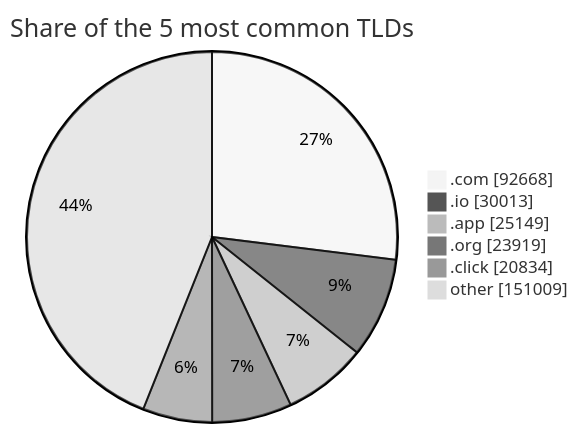
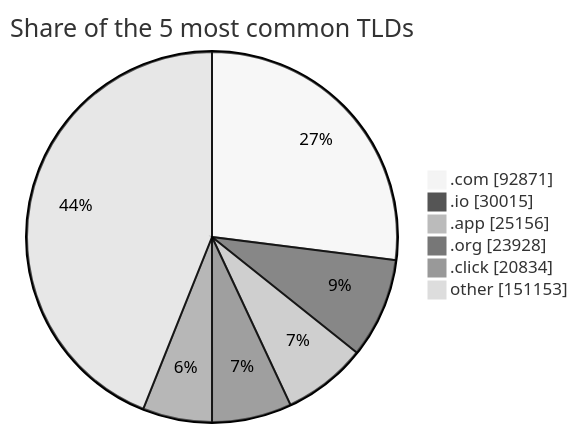
One commit to DNSBunker/CTI changed the third of 3 diagrams in README.md. Above: the diagram before and after it, drawn with Mermaid (neutral theme). The commit also changed other lines of this file and 3 other files, not shown here.

````diff
--- a/README.md
+++ b/README.md
@@ -81,9 +81,9 @@
 ```mermaid
 pie showData title Share of the 5 most common TLDs
-    ".com" : 92668
-    ".io" : 30013
-    ".app" : 25149
-    ".org" : 23919
+    ".com" : 92871
+    ".io" : 30015
+    ".app" : 25156
+    ".org" : 23928
     ".click" : 20834
-    "other" : 151009
+    "other" : 151153
 ```
````
